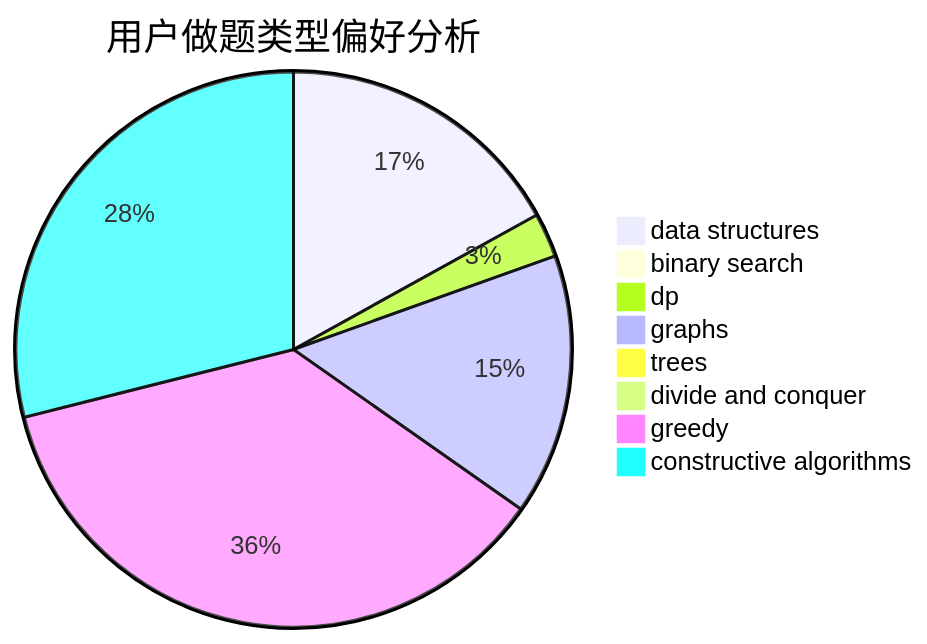
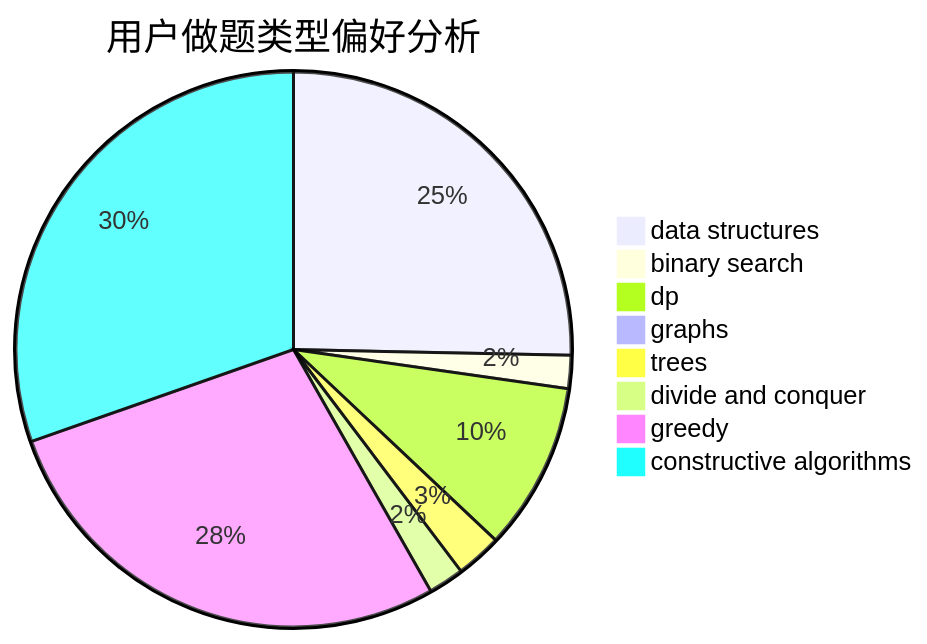
Before and after one commit to sherpahu/cfrs.github.io: the second of 3 diagrams in docs/user/u517.md, drawn with Mermaid. The commit also changed other lines of this file and 2770 other files, not shown here.

````diff
--- a/docs/user/u517.md
+++ b/docs/user/u517.md
@@ -23,11 +23,11 @@
 ```mermaid
 pie title 用户做题类型偏好分析
-    "data structures" :  309
-    "binary search" :  4
-    "dp" :  47
-    "graphs" :  277
+    "data structures" :  171
+    "binary search" :  13
+    "dp" :  66
+    "graphs" :  2
     "trees" :  18
-    "divide and conquer" :  8
-    "greedy" :  662
-    "constructive algorithms" :  527
+    "divide and conquer" :  14
+    "greedy" :  188
+    "constructive algorithms" :  205
 ```
````
